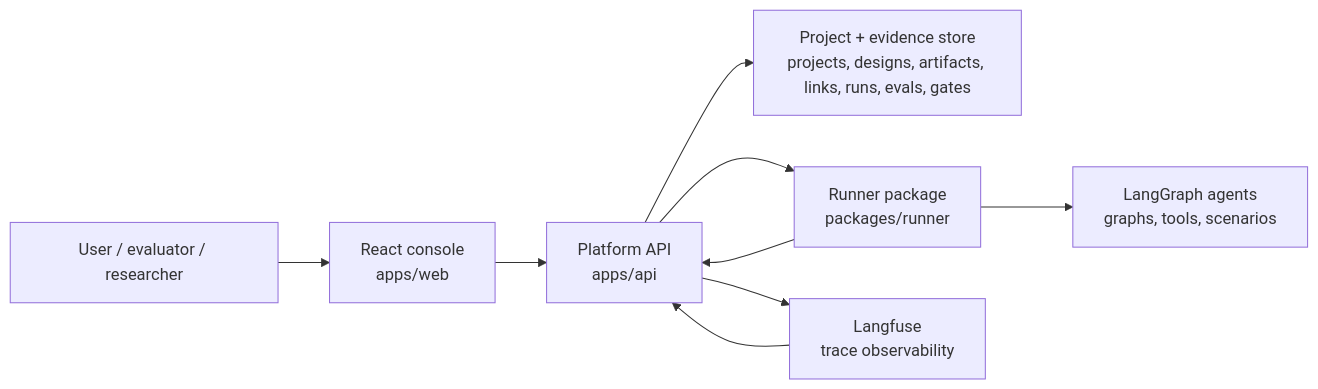
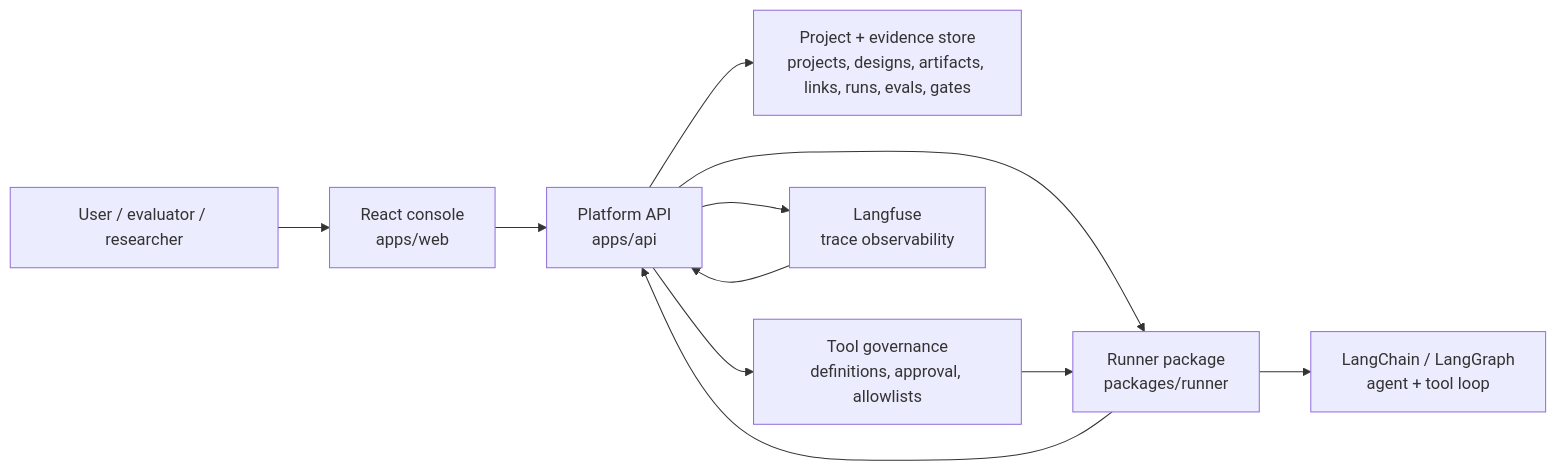
One commit to bfalkowski/edd-platform changed the first of 6 diagrams in docs/ARCHITECTURE.md. Above: the diagram before and after it, drawn with Mermaid. The commit also changed other lines of this file and 14 other files, not shown here.

````diff
--- a/docs/ARCHITECTURE.md
+++ b/docs/ARCHITECTURE.md
@@ -10,19 +10,22 @@
 ```mermaid
 flowchart LR
   User["User / evaluator / researcher"]
   UI["React console<br/>apps/web"]
   API["Platform API<br/>apps/api"]
   Store["Project + evidence store<br/>projects, designs, artifacts, links, runs, evals, gates"]
+  Tools["Tool governance<br/>definitions, approval, allowlists"]
   Runner["Runner package<br/>packages/runner"]
-  LangGraph["LangGraph agents<br/>graphs, tools, scenarios"]
+  LangGraph["LangChain / LangGraph<br/>agent + tool loop"]
   Langfuse["Langfuse<br/>trace observability"]
 
   User --> UI
   UI --> API
   API --> Store
+  API --> Tools
   API --> Runner
+  Tools --> Runner
   Runner --> LangGraph
   Runner --> API
   API --> Langfuse
   Langfuse --> API
 ```
````
